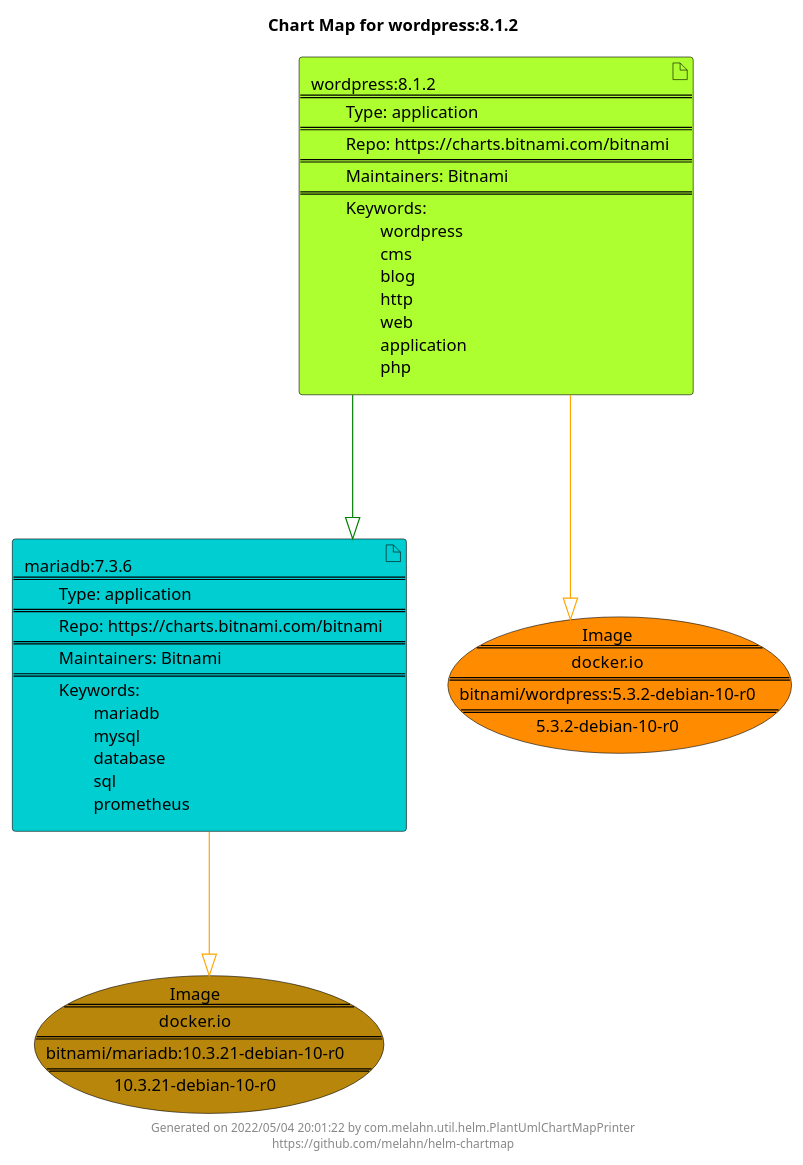
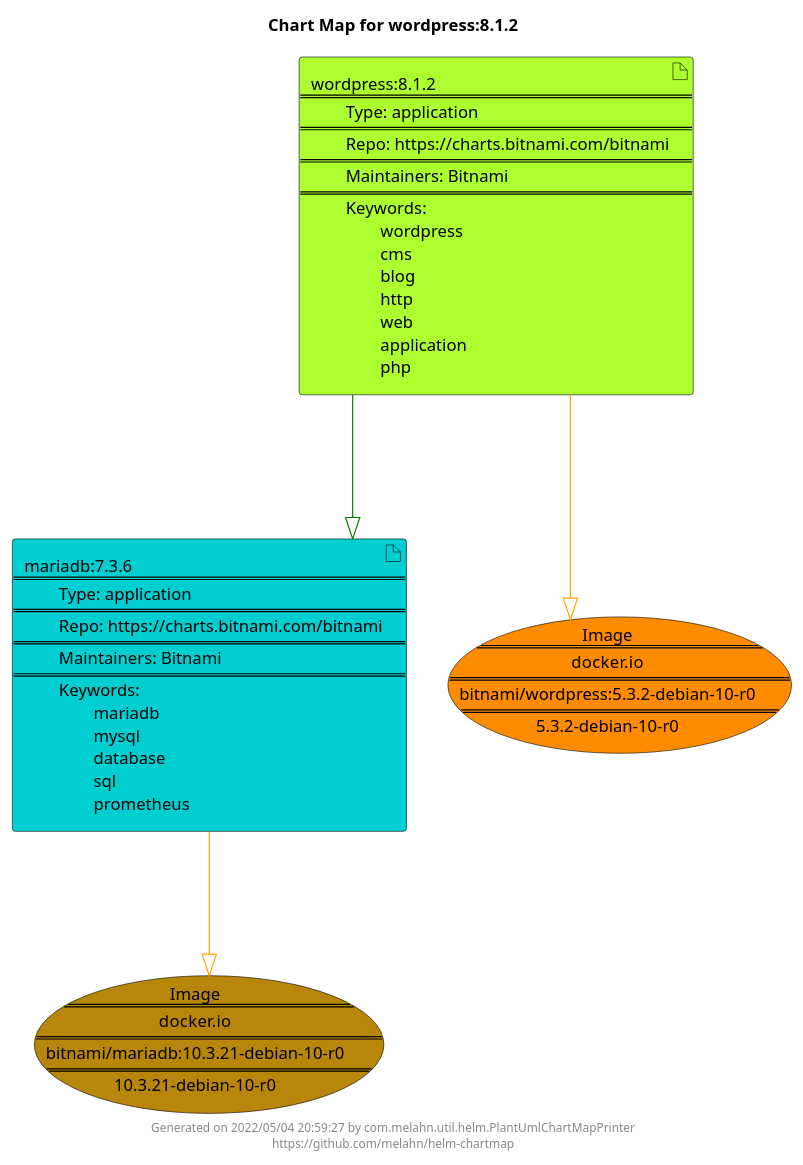
Before and after one commit to melahn/helm-chartmap: the diagram in docs/wordpress/wordpress-8.1.2.puml, drawn with PlantUML. The commit also changed 68 other files, not shown here.

Commit message:
Update Example Chart Maps as part of GitHub build

```diff
--- a/docs/wordpress/wordpress-8.1.2.puml
+++ b/docs/wordpress/wordpress-8.1.2.puml
@@ -1,25 +1,25 @@
 @startuml
 skinparam linetype ortho
 skinparam backgroundColor white
 skinparam usecaseBorderColor black
 skinparam usecaseArrowColor LightSlateGray
 skinparam artifactBorderColor black
 skinparam artifactArrowColor LightSlateGray
 
 title Chart Map for wordpress:8.1.2
 
 'There are 2 referenced Helm Charts
 artifact "mariadb:7.3.6\n====\n\tType: application\n====\n\tRepo: https://charts.bitnami.com/bitnami\n====\n\tMaintainers: Bitnami\n====\n\tKeywords: \n\t\tmariadb\n\t\tmysql\n\t\tdatabase\n\t\tsql\n\t\tprometheus" as mariadb_7_3_6 #DarkTurquoise
 artifact "wordpress:8.1.2\n====\n\tType: application\n====\n\tRepo: https://charts.bitnami.com/bitnami\n====\n\tMaintainers: Bitnami\n====\n\tKeywords: \n\t\twordpress\n\t\tcms\n\t\tblog\n\t\thttp\n\t\tweb\n\t\tapplication\n\t\tphp" as wordpress_8_1_2 #GreenYellow
 
 'There are 2 referenced Docker Images
 usecase "Image\n====\ndocker.io\n====\nbitnami/mariadb:10.3.21-debian-10-r0\n====\n10.3.21-debian-10-r0" as docker_io_bitnami_mariadb_10_3_21_debian_10_r0 #DarkGoldenRod
 usecase "Image\n====\ndocker.io\n====\nbitnami/wordpress:5.3.2-debian-10-r0\n====\n5.3.2-debian-10-r0" as docker_io_bitnami_wordpress_5_3_2_debian_10_r0 #Darkorange
 
 'Chart Dependencies
 wordpress_8_1_2--[#green]-|>mariadb_7_3_6
 mariadb_7_3_6--[#orange]-|>docker_io_bitnami_mariadb_10_3_21_debian_10_r0
 wordpress_8_1_2--[#orange]-|>docker_io_bitnami_wordpress_5_3_2_debian_10_r0
 
-center footer Generated on 2022/05/04 20:01:22 by com.melahn.util.helm.PlantUmlChartMapPrinter\nhttps://github.com/melahn/helm-chartmap
+center footer Generated on 2022/05/04 20:59:27 by com.melahn.util.helm.PlantUmlChartMapPrinter\nhttps://github.com/melahn/helm-chartmap
 @enduml
```
